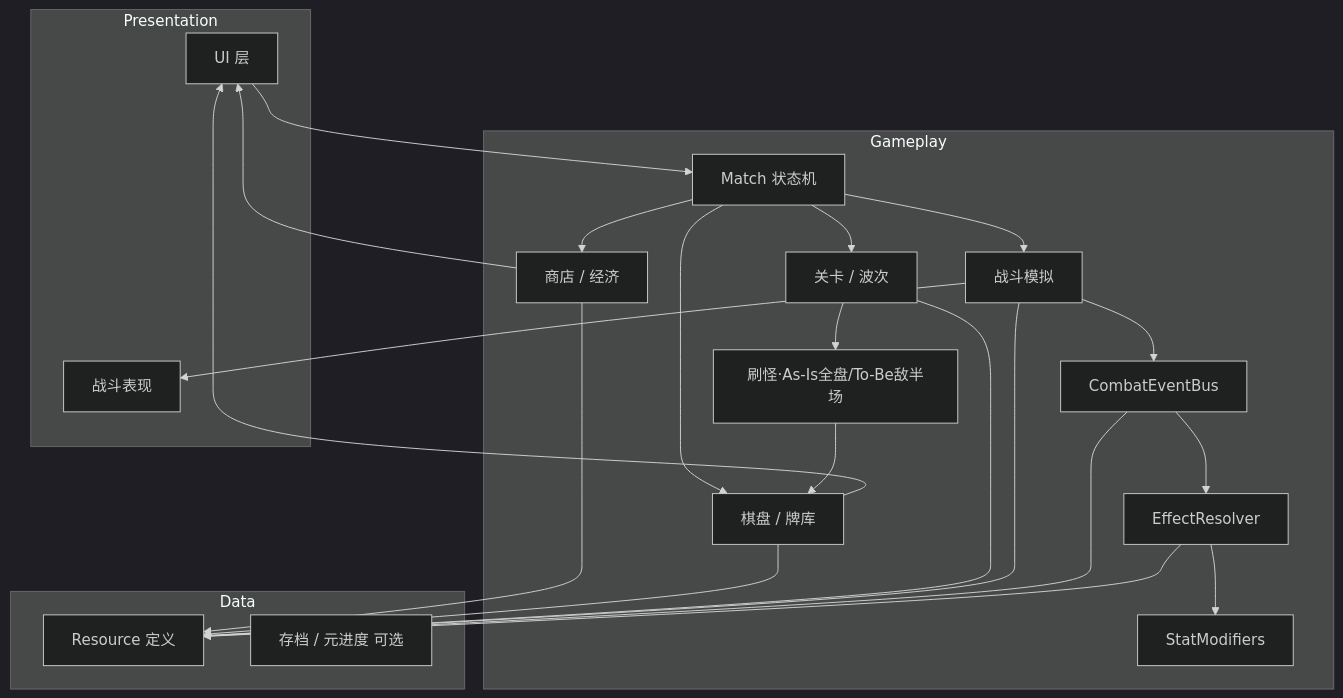
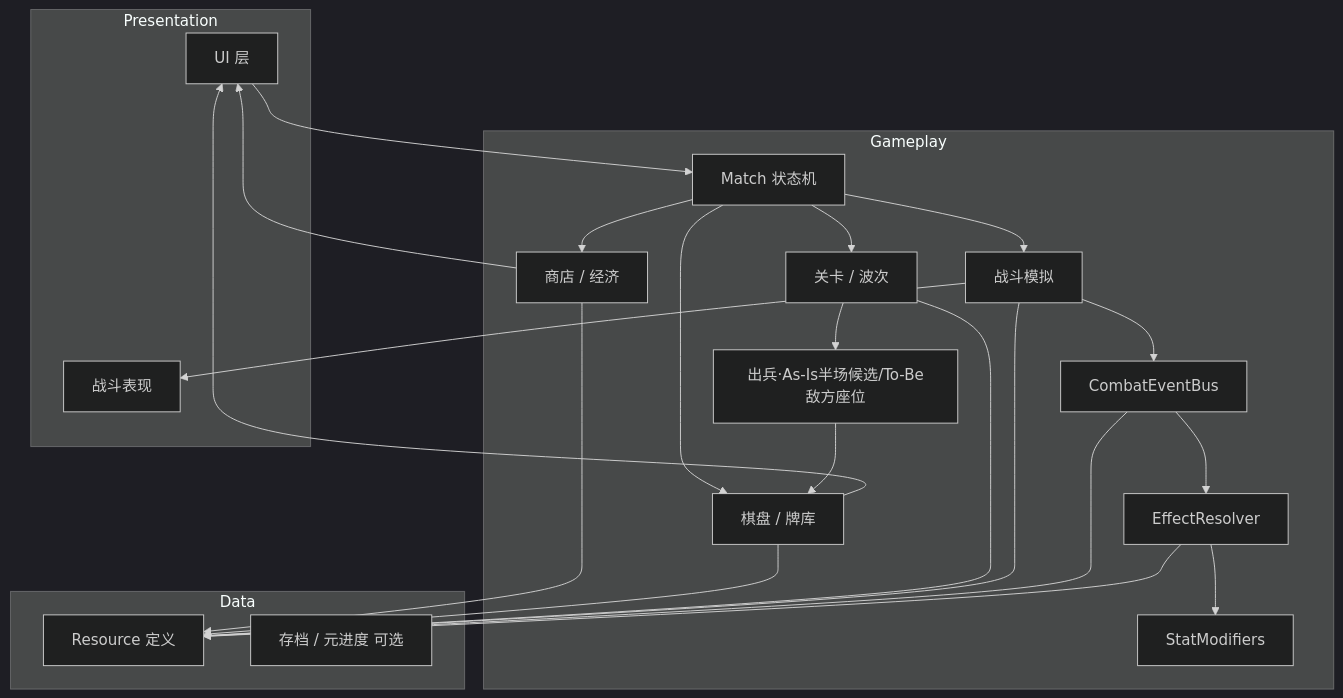
The first of 3 diagrams in Documents/ARCHITECTURE.md (Kanerickyz/Godot-Project---Clash-royale-like-Game), drawn with Mermaid (dark theme) before and after one commit. The commit also changed other lines of this file and 26 other files, not shown here.

````diff
--- a/Documents/ARCHITECTURE.md
+++ b/Documents/ARCHITECTURE.md
@@ -30,44 +30,44 @@
 ```mermaid
 flowchart TB
     subgraph Presentation
         UI[UI 层]
         VFX[战斗表现]
     end
 
     subgraph Gameplay
         SM[Match 状态机]
         LEVEL[关卡 / 波次]
-        SPAWN[刷怪·As-Is全盘/To-Be敌半场]
+        SPAWN[出兵·As-Is半场候选/To-Be敌方座位]
         SHOP[商店 / 经济]
         BOARD[棋盘 / 牌库]
         COMBAT[战斗模拟]
         CEB[CombatEventBus]
         ER[EffectResolver]
         MOD[StatModifiers]
     end
 
     subgraph Data
         RES[Resource 定义]
         SAVE[存档 / 元进度 可选]
     end
 
     UI --> SM
     SM --> LEVEL
     SM --> SHOP
     SM --> BOARD
     SM --> COMBAT
     LEVEL --> SPAWN
     SPAWN --> BOARD
     SHOP --> RES
     BOARD --> RES
     LEVEL --> RES
     COMBAT --> CEB
     CEB --> ER
     ER --> MOD
     COMBAT --> RES
     CEB --> RES
     ER --> RES
     COMBAT --> VFX
     BOARD --> UI
     SHOP --> UI
 ```
````
